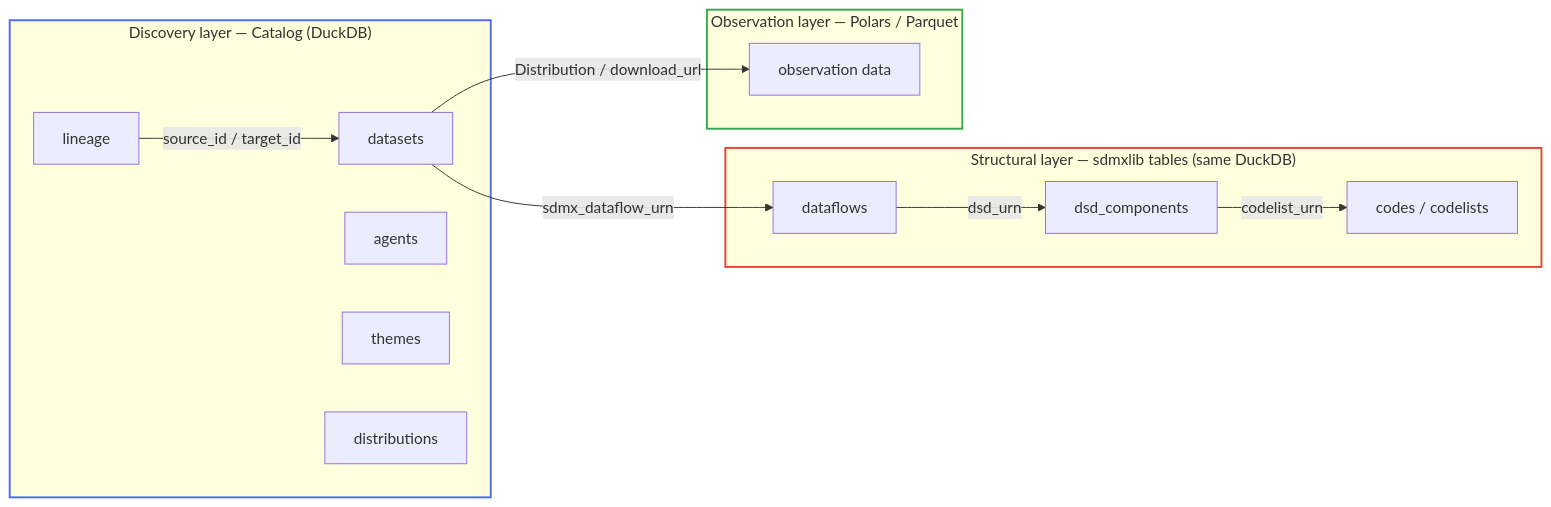
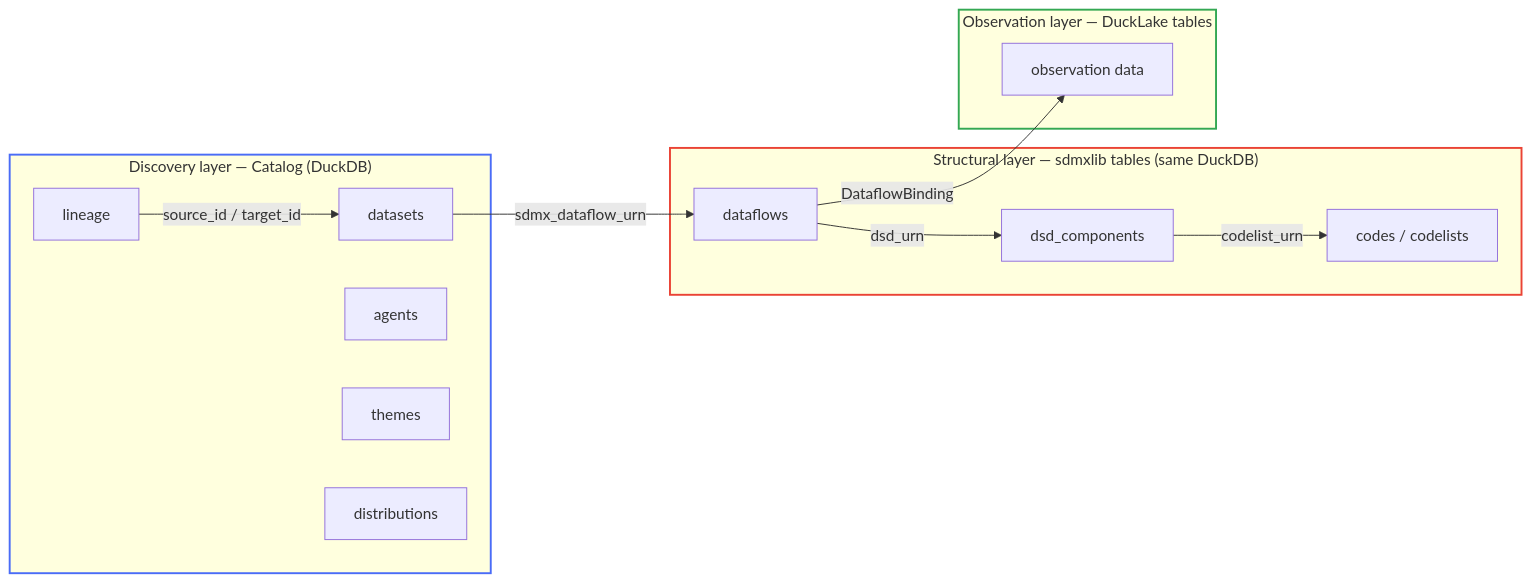
The first of 4 diagrams in docs/index.md (StatCat-Suite/statcatlib), drawn with Mermaid before and after one commit. The commit also changed other lines of this file and 9 other files, not shown here.

````diff
--- a/docs/index.md
+++ b/docs/index.md
@@ -23,30 +23,30 @@
 ```mermaid
 graph LR
     subgraph Discovery["Discovery layer — Catalog (DuckDB)"]
         DS[datasets]
         AG[agents]
         TH[themes]
         DI[distributions]
         LN[lineage]
     end
 
     subgraph Structure["Structural layer — sdmxlib tables (same DuckDB)"]
         DF[dataflows]
         DSD[dsd_components]
         CL[codes / codelists]
     end
 
-    subgraph Observation["Observation layer — Polars / Parquet"]
+    subgraph Observation["Observation layer — DuckLake tables"]
         OBS[observation data]
     end
 
     DS -->|sdmx_dataflow_urn| DF
     DF -->|dsd_urn| DSD
     DSD -->|codelist_urn| CL
-    DS -->|Distribution / download_url| OBS
+    DF -->|DataflowBinding| OBS
     LN -->|source_id / target_id| DS
 
     style Discovery  stroke:#4a6cf7,stroke-width:2px
     style Structure  stroke:#ea4335,stroke-width:2px
     style Observation stroke:#34a853,stroke-width:2px
 ```
````
